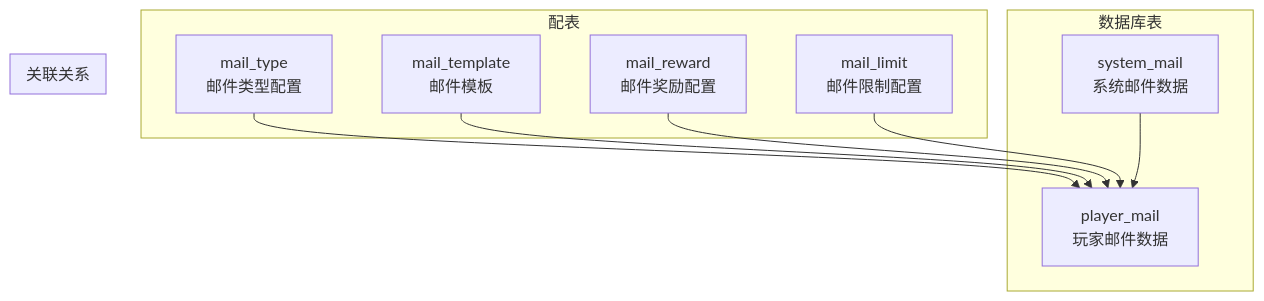
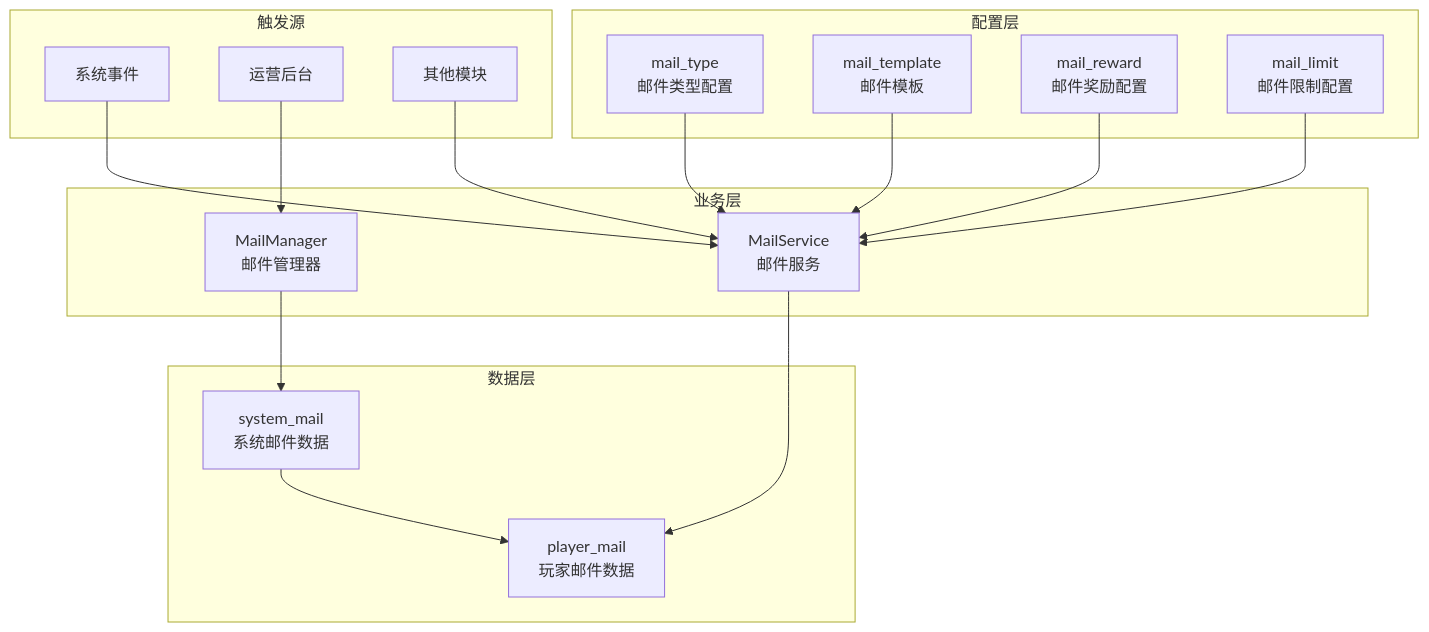
The first of 10 diagrams in docs/Module_Mail/01_数据配表.md (Alan-Ben/k2c_game_framework), drawn with Mermaid before and after one commit. The commit also changed other lines of this file and 10 other files, not shown here.

Commit message:
docs: 完善 Consort/Mail/Rank 模块文档 - mermaid图、代码示例、完整字段列表

````diff
--- a/docs/Module_Mail/01_数据配表.md
+++ b/docs/Module_Mail/01_数据配表.md
@@ -11,22 +13,38 @@
 ```mermaid
 graph TB
-    subgraph 配表
+    subgraph 配置层
         A1[mail_type<br/>邮件类型配置]
         A2[mail_template<br/>邮件模板]
         A3[mail_reward<br/>邮件奖励配置]
         A4[mail_limit<br/>邮件限制配置]
     end
 
-    subgraph 数据库表
+    subgraph 数据层
         B1[player_mail<br/>玩家邮件数据]
         B2[system_mail<br/>系统邮件数据]
     end
 
-    subgraph 关联关系
-        A1 --> B1
-        A2 --> B1
-        A3 --> B1
-        A4 --> B1
-        B2 --> B1
+    subgraph 业务层
+        C1[MailService<br/>邮件服务]
+        C2[MailManager<br/>邮件管理器]
     end
+
+    subgraph 触发源
+        D1[系统事件]
+        D2[运营后台]
+        D3[其他模块]
+    end
+
+    D1 --> C1
+    D2 --> C2
+    D3 --> C1
+
+    A1 --> C1
+    A2 --> C1
+    A3 --> C1
+    A4 --> C1
+
+    C1 --> B1
+    C2 --> B2
+    B2 --> B1
 ```
````
